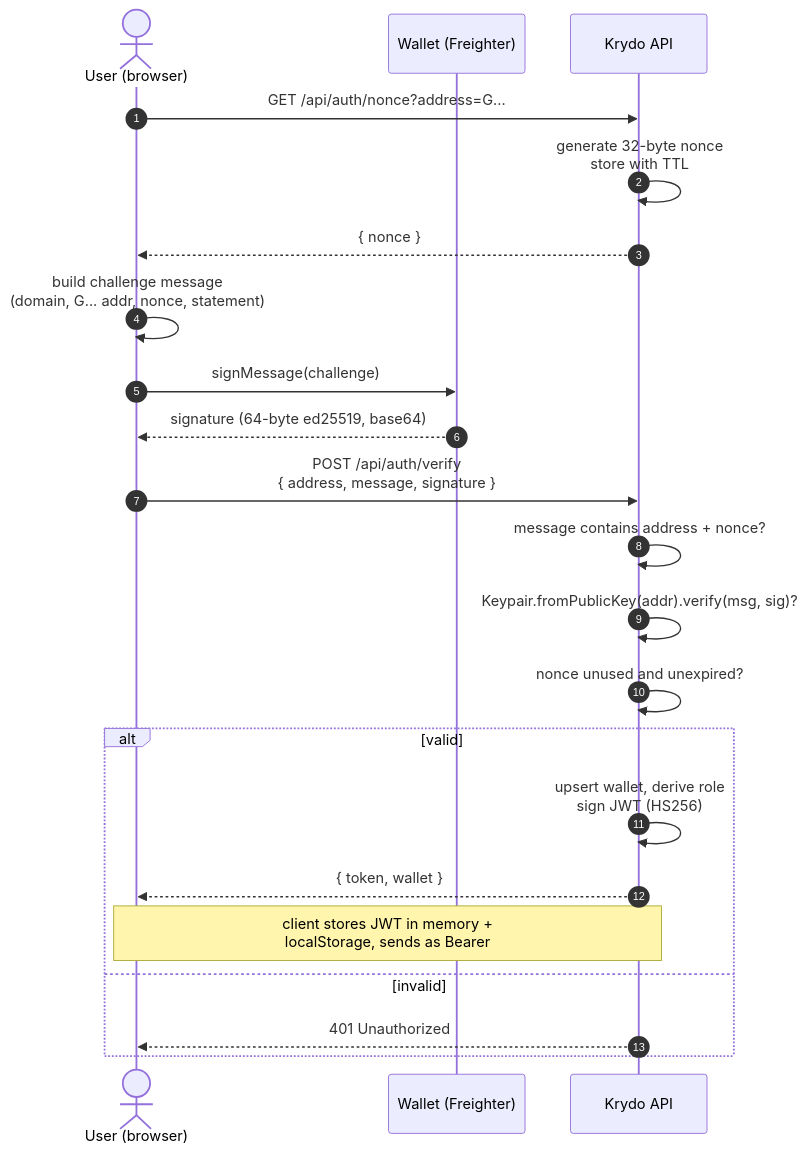
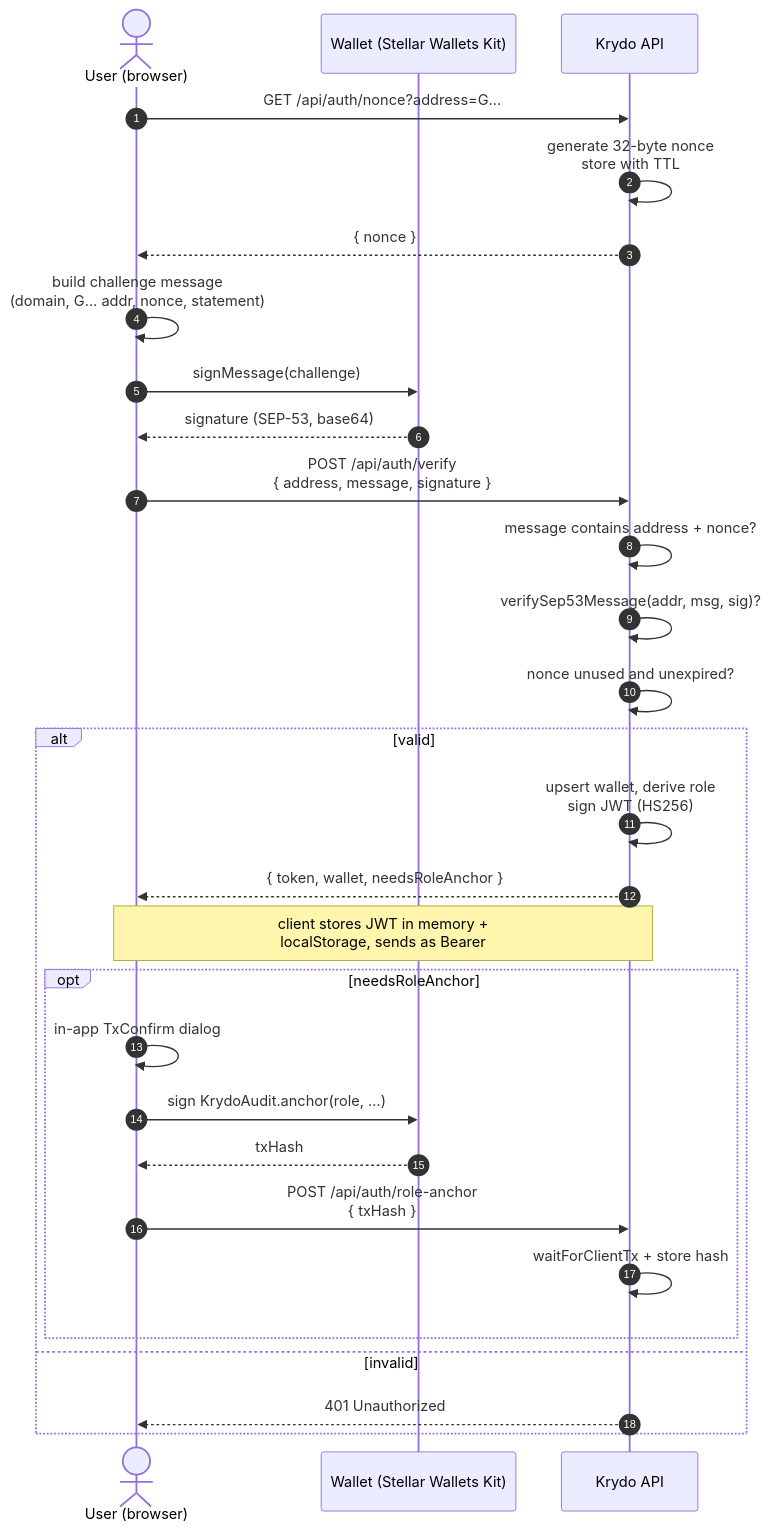
Before and after one commit to nishant-uxs/krydo-stellar: the sixth of 26 diagrams in DOCUMENTATION.md, drawn with Mermaid. The commit also changed other lines of this file and 2 other files, not shown here.

Commit message:
Align README and docs with wallet-signed Soroban flows.

````diff
--- a/DOCUMENTATION.md
+++ b/DOCUMENTATION.md
@@ -247,25 +250,32 @@
 ```mermaid
 sequenceDiagram
     autonumber
     actor U as User (browser)
-    participant W as Wallet (Freighter)
+    participant W as Wallet (Stellar Wallets Kit)
     participant S as Krydo API
 
     U->>S: GET /api/auth/nonce?address=G...
     S->>S: generate 32-byte nonce<br/>store with TTL
     S-->>U: { nonce }
     U->>U: build challenge message<br/>(domain, G... addr, nonce, statement)
     U->>W: signMessage(challenge)
-    W-->>U: signature (64-byte ed25519, base64)
+    W-->>U: signature (SEP-53, base64)
     U->>S: POST /api/auth/verify<br/>{ address, message, signature }
     S->>S: message contains address + nonce?
-    S->>S: Keypair.fromPublicKey(addr).verify(msg, sig)?
+    S->>S: verifySep53Message(addr, msg, sig)?
     S->>S: nonce unused and unexpired?
     alt valid
         S->>S: upsert wallet, derive role<br/>sign JWT (HS256)
-        S-->>U: { token, wallet }
+        S-->>U: { token, wallet, needsRoleAnchor }
         Note over U,S: client stores JWT in memory +<br/>localStorage, sends as Bearer
+        opt needsRoleAnchor
+            U->>U: in-app TxConfirm dialog
+            U->>W: sign KrydoAudit.anchor(role, …)
+            W-->>U: txHash
+            U->>S: POST /api/auth/role-anchor<br/>{ txHash }
+            S->>S: waitForClientTx + store hash
+        end
     else invalid
         S-->>U: 401 Unauthorized
     end
 ```
````
